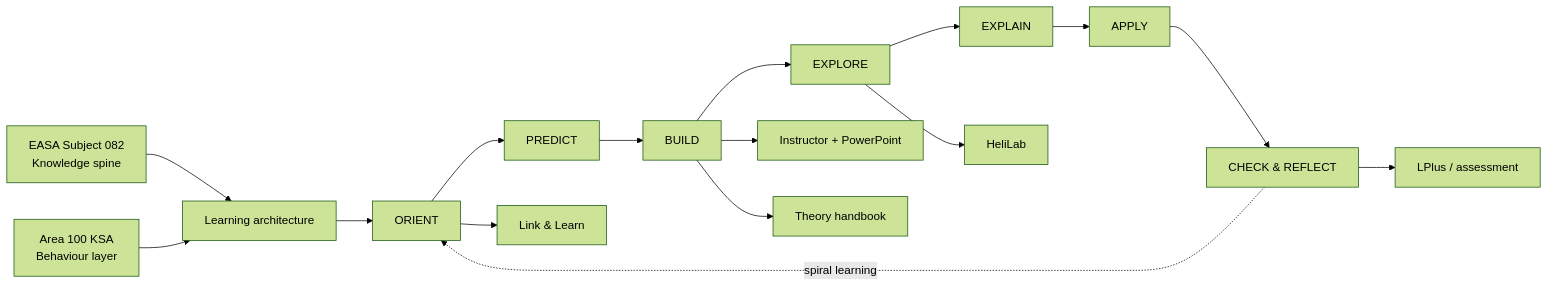
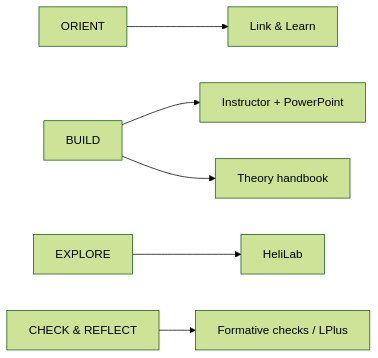
The third of 3 diagrams in docs/index.md (ZanneRay/ATPL-H-Learning-Ecosystem), drawn with Mermaid (forest theme) before and after one commit. The commit also changed other lines of this file, not shown here.

Commit message:
Improve homepage diagram legibility

````diff
--- a/docs/index.md
+++ b/docs/index.md
@@ -13,19 +38,8 @@
 ```mermaid
 flowchart LR
-    A[EASA Subject 082\nKnowledge spine] --> B[Learning architecture]
-    K[Area 100 KSA\nBehaviour layer] --> B
-    B --> C[ORIENT]
-    C --> D[PREDICT]
-    D --> E[BUILD]
-    E --> F[EXPLORE]
-    F --> G[EXPLAIN]
-    G --> H[APPLY]
-    H --> I[CHECK & REFLECT]
-    I -. spiral learning .-> C
-
-    F --> HL[HeliLab]
-    C --> M[Link & Learn]
-    I --> LP[LPlus / assessment]
-    E --> P[Instructor + PowerPoint]
-    E --> T[Theory handbook]
+    A["ORIENT"] --> L["Link & Learn"]
+    B["BUILD"] --> P["Instructor + PowerPoint"]
+    B --> T["Theory handbook"]
+    C["EXPLORE"] --> H["HeliLab"]
+    D["CHECK & REFLECT"] --> X["Formative checks / LPlus"]
 ```
````
